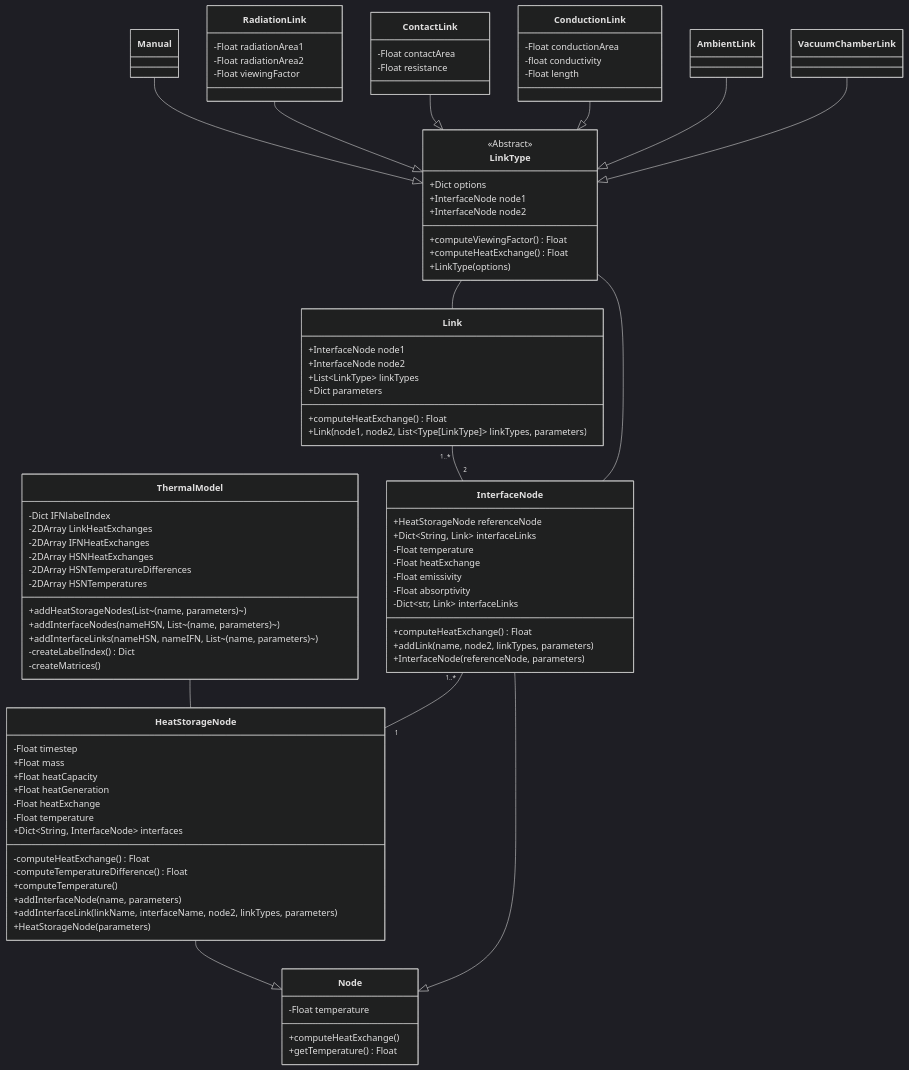
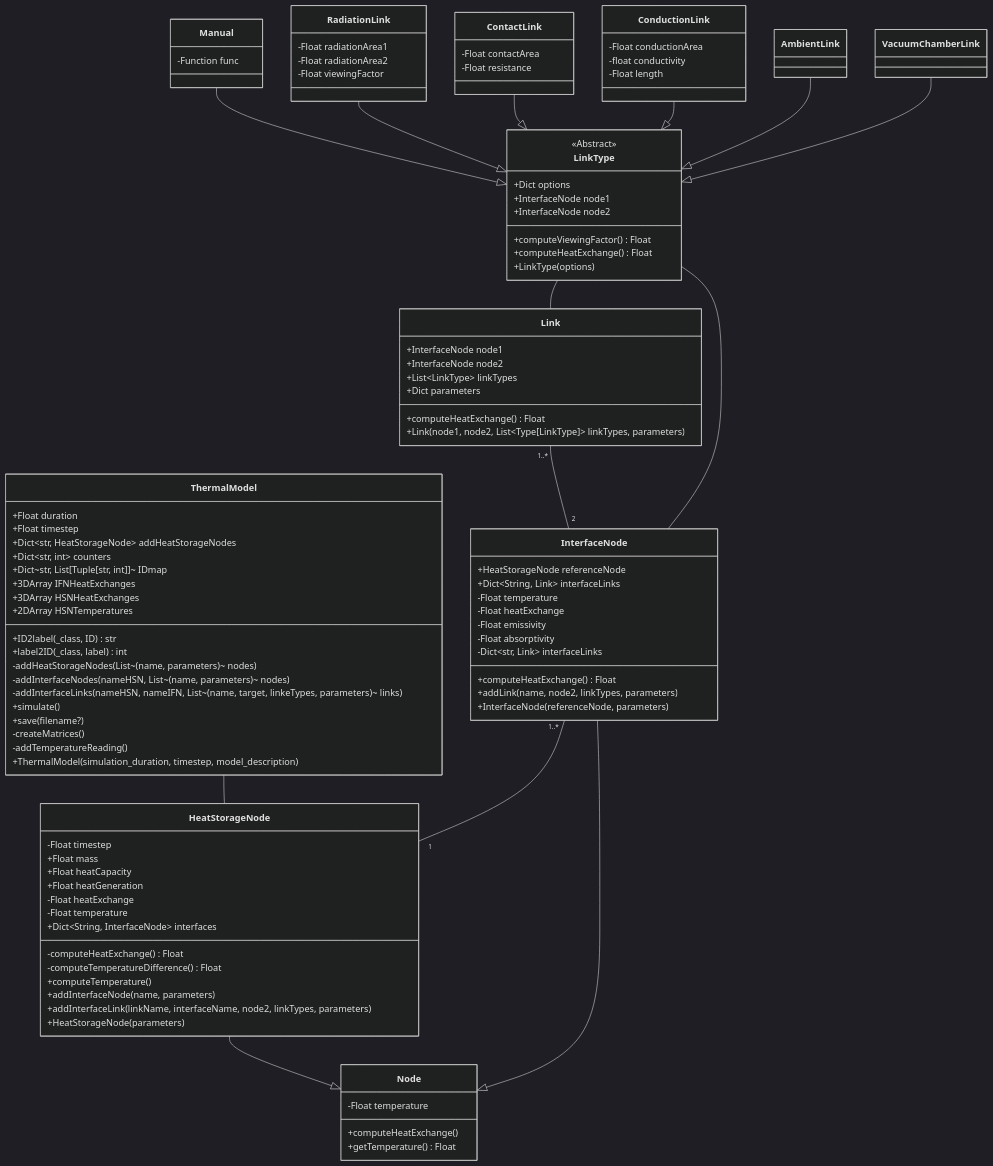
One commit to niveK77pur/ISM-Thermal-Model changed the diagram in class-diagram/class-diagram.mmd. Above: the diagram before and after it, drawn with Mermaid (dark theme). The commit also changed 1 other file, not shown here.

Commit message:
update class diagram to reflect ThermalModel changes

```diff
--- a/class-diagram/class-diagram.mmd
+++ b/class-diagram/class-diagram.mmd
@@ -1,106 +1,117 @@
 classDiagram
 
 class ThermalModel {
-    -Dict IFNlabelIndex
-    -2DArray LinkHeatExchanges
-    -2DArray IFNHeatExchanges
-    -2DArray HSNHeatExchanges
-    -2DArray HSNTemperatureDifferences
-    -2DArray HSNTemperatures
-    +addHeatStorageNodes(List~(name, parameters)~)
-    +addInterfaceNodes(nameHSN, List~(name, parameters)~)
-    +addInterfaceLinks(nameHSN, nameIFN, List~(name, parameters)~)
-    -createLabelIndex() Dict
+    +Float duration
+    +Float timestep
+    +Dict~str, HeatStorageNode~ addHeatStorageNodes
+    +Dict~str, int~ counters
+    +Dict~str, List[Tuple[str, int]]~ IDmap
+    +3DArray IFNHeatExchanges
+    +3DArray HSNHeatExchanges
+    +2DArray HSNTemperatures
+    +ID2label(_class, ID) str
+    +label2ID(_class, label) int
+    -addHeatStorageNodes(List~(name, parameters)~ nodes)
+    -addInterfaceNodes(nameHSN, List~(name, parameters)~ nodes)
+    -addInterfaceLinks(nameHSN, nameIFN, List~(name, target, linkeTypes, parameters)~ links)
+    +simulate()
+    +save(filename?)
     -createMatrices()
+    -addTemperatureReading()
+    +ThermalModel(simulation_duration, timestep, model_description)
 }
 
 class Node {
     -Float temperature
     +computeHeatExchange()
     +getTemperature() Float
 }
 
 class HeatStorageNode {
     -Float timestep
     +Float mass
     +Float heatCapacity
     +Float heatGeneration
     -Float heatExchange
     -Float temperature
     +Dict~String, InterfaceNode~ interfaces
     -computeHeatExchange() Float
     -computeTemperatureDifference() Float
     +computeTemperature()
     +addInterfaceNode(name, parameters)
     +addInterfaceLink(linkName, interfaceName, node2, linkTypes, parameters)
     +HeatStorageNode(parameters)
 }
 
 class InterfaceNode {
     +HeatStorageNode referenceNode
     +Dict~String, Link~ interfaceLinks
     -Float temperature
     -Float heatExchange
     -Float emissivity
     -Float absorptivity
     -Dict~str, Link~ interfaceLinks
     +computeHeatExchange() Float
     +addLink(name, node2, linkTypes, parameters)
     +InterfaceNode(referenceNode, parameters)
 }
 
 class Link {
     +InterfaceNode node1
     +InterfaceNode node2
     +List~LinkType~ linkTypes
     +Dict parameters
     +computeHeatExchange() Float
     +Link(node1, node2, List~Type[LinkType]~ linkTypes, parameters)
 }
 
 
 class LinkType {
     <<Abstract>>
     +Dict options
     +InterfaceNode node1
     +InterfaceNode node2
     +computeViewingFactor() Float
     +computeHeatExchange() Float
     +LinkType(options)
 }
 
+class Manual {
+    -Function func
+}
+
 class RadiationLink {
     -Float radiationArea1
     -Float radiationArea2
     -Float viewingFactor
 }
 
 class ContactLink {
     -Float contactArea
     -Float resistance
 }
 
 class ConductionLink {
     -Float conductionArea
     -float conductivity
     -Float length
 }
 
 ThermalModel -- HeatStorageNode
 
 HeatStorageNode --|> Node
 InterfaceNode --|> Node
 
 Manual --|> LinkType
 RadiationLink --|> LinkType
 ContactLink --|> LinkType
 ConductionLink --|> LinkType
 AmbientLink --|> LinkType
 VacuumChamberLink --|> LinkType
 
 Link "1..*" -- "2" InterfaceNode
 
 InterfaceNode "1..*" -- "1" HeatStorageNode
 
 LinkType -- Link
 LinkType -- InterfaceNode
```
